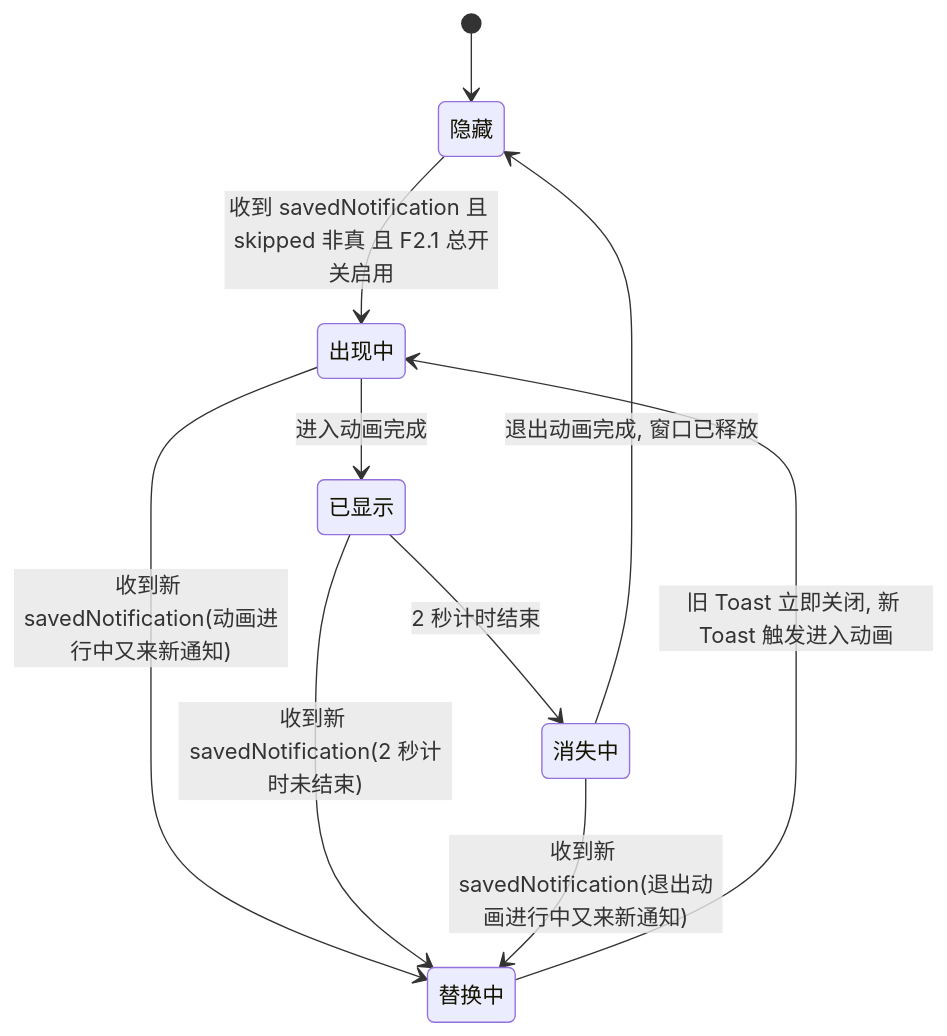
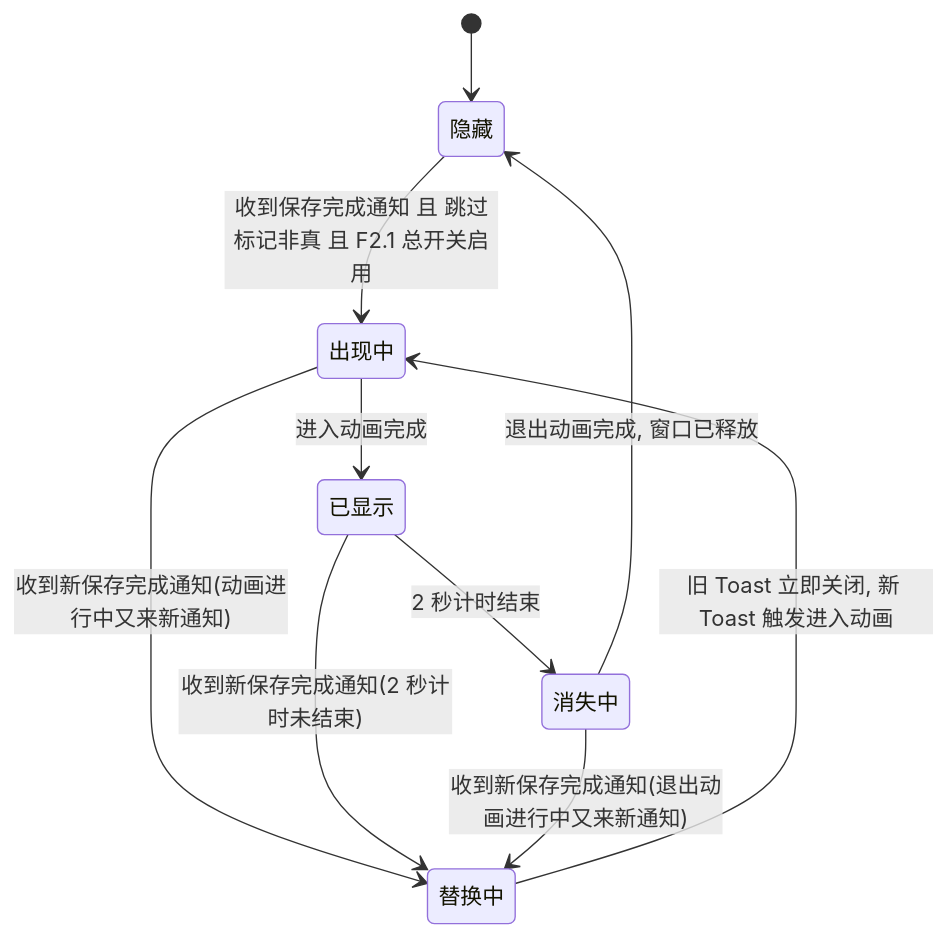
The fifth of 5 diagrams in docs/planning/P1/F2.1/F2.1.1_保存成功Toast_设计文档.md (marcocpt/ClipMind), drawn with Mermaid before and after one commit. The commit also changed other lines of this file, not shown here.

````diff
--- a/docs/planning/P1/F2.1/F2.1.1_保存成功Toast_设计文档.md
+++ b/docs/planning/P1/F2.1/F2.1.1_保存成功Toast_设计文档.md
@@ -265,12 +274,12 @@
 ```mermaid
 stateDiagram-v2
     [*] --> 隐藏
-    隐藏 --> 出现中: 收到 savedNotification 且 skipped 非真 且 F2.1 总开关启用
+    隐藏 --> 出现中: 收到保存完成通知 且 跳过标记非真 且 F2.1 总开关启用
     出现中 --> 已显示: 进入动画完成
-    出现中 --> 替换中: 收到新 savedNotification(动画进行中又来新通知)
-    已显示 --> 替换中: 收到新 savedNotification(2 秒计时未结束)
+    出现中 --> 替换中: 收到新保存完成通知(动画进行中又来新通知)
+    已显示 --> 替换中: 收到新保存完成通知(2 秒计时未结束)
     已显示 --> 消失中: 2 秒计时结束
     替换中 --> 出现中: 旧 Toast 立即关闭, 新 Toast 触发进入动画
     消失中 --> 隐藏: 退出动画完成, 窗口已释放
-    消失中 --> 替换中: 收到新 savedNotification(退出动画进行中又来新通知)
+    消失中 --> 替换中: 收到新保存完成通知(退出动画进行中又来新通知)
 ```
````
